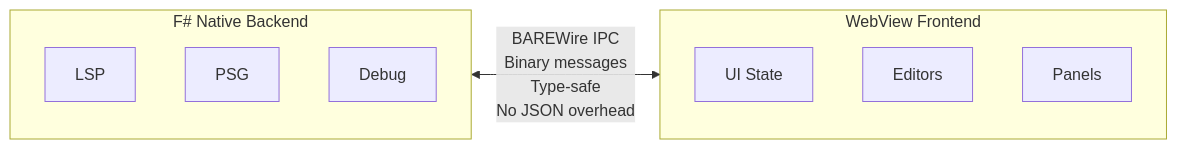
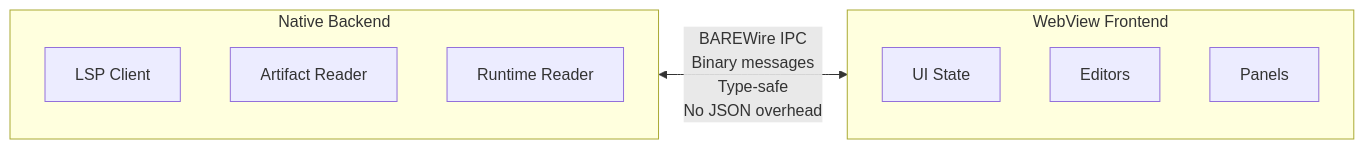
The second of 4 diagrams in docs/00_architecture.md (FidelityFramework/Atelier), drawn with Mermaid before and after one commit. The commit also changed other lines of this file and 23 other files, not shown here.

````diff
--- a/docs/00_architecture.md
+++ b/docs/00_architecture.md
@@ -104,16 +102,16 @@
 ```mermaid
 flowchart LR
-    subgraph backend["F# Native Backend"]
-        lsp["LSP"]
-        psg["PSG"]
-        debug["Debug"]
+    subgraph backend["Native Backend"]
+        lsp["LSP Client"]
+        reader["Artifact Reader"]
+        runtime["Runtime Reader"]
     end
 
     subgraph frontend["WebView Frontend"]
         ui["UI State"]
         editors["Editors"]
         panels["Panels"]
     end
 
     backend <-->|"BAREWire IPC<br/>Binary messages<br/>Type-safe<br/>No JSON overhead"| frontend
 ```
````
